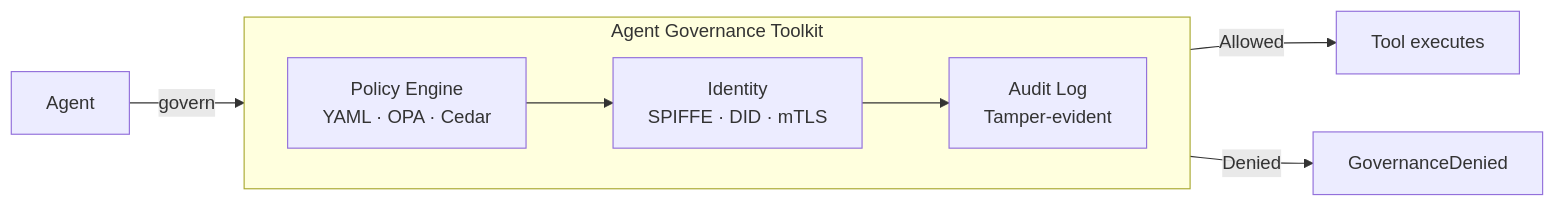
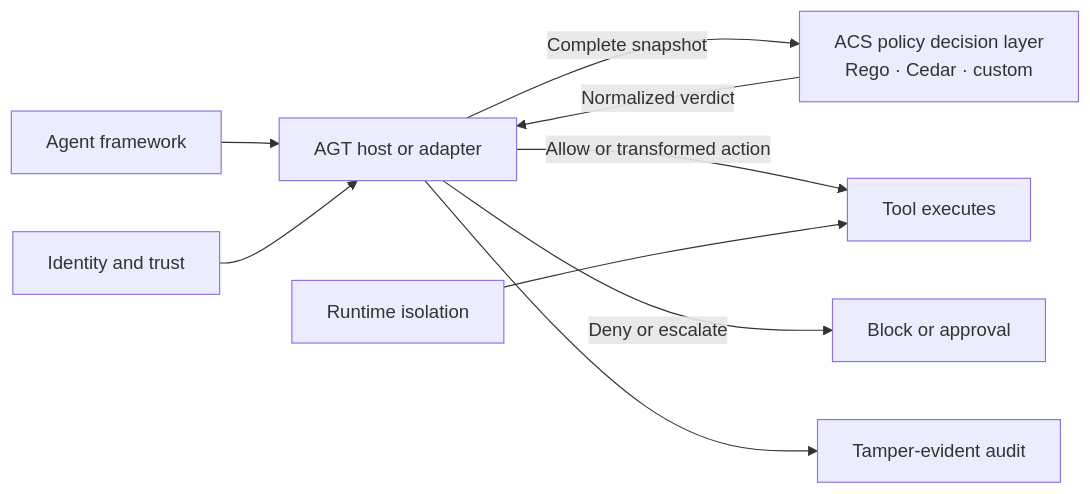
The diagram in docs/index.md (microsoft/agent-governance-toolkit), drawn with Mermaid before and after one commit. The commit also changed other lines of this file and 11 other files, not shown here.

````diff
--- a/docs/index.md
+++ b/docs/index.md
@@ -122,13 +166,11 @@
 ``` mermaid
 flowchart LR
-    A["Agent"] -->|govern| PE
-    subgraph GK [" Agent Governance Toolkit "]
-        direction LR
-        PE["Policy Engine<br>YAML · OPA · Cedar"]
-        ID["Identity<br>SPIFFE · DID · mTLS"]
-        AL["Audit Log<br>Tamper-evident"]
-        PE --> ID --> AL
-    end
-    AL -->|Allowed| T["Tool executes"]
-    PE -->|Denied| D["GovernanceDenied"]
+    A["Agent framework"] --> H["AGT host or adapter"]
+    H -->|Complete snapshot| ACS["ACS policy decision layer<br>Rego · Cedar · custom"]
+    ACS -->|Normalized verdict| H
+    H -->|Allow or transformed action| T["Tool executes"]
+    H -->|Deny or escalate| B["Block or approval"]
+    ID["Identity and trust"] --> H
+    H --> AL["Tamper-evident audit"]
+    HV["Runtime isolation"] --> T
 ```
````
